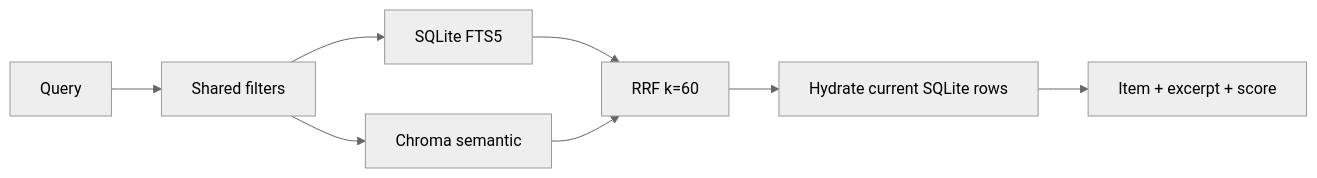
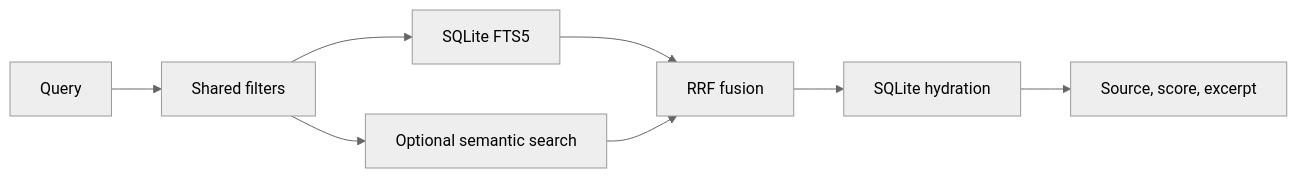
Before and after one commit to ryantr-statinops/InfoBoard: the diagram in docs/plan/implementation/30-m3-search-and-insights/15-search-and-discovery/plan.md, drawn with Mermaid (neutral theme). The commit also changed other lines of this file and 13 other files, not shown here.

````diff
--- a/docs/plan/implementation/30-m3-search-and-insights/15-search-and-discovery/plan.md
+++ b/docs/plan/implementation/30-m3-search-and-insights/15-search-and-discovery/plan.md
@@ -15,10 +15,10 @@
 ```mermaid
 flowchart LR
     Query --> Filters[Shared filters]
     Filters --> FTS[SQLite FTS5]
-    Filters --> Sem[Chroma semantic]
-    FTS --> RRF[RRF k=60]
-    Sem --> RRF
-    RRF --> Hydrate[Hydrate current SQLite rows]
-    Hydrate --> Result[Item + excerpt + score]
+    Filters --> Semantic[Optional semantic search]
+    FTS --> RRF[RRF fusion]
+    Semantic --> RRF
+    RRF --> Hydrate[SQLite hydration]
+    Hydrate --> Results[Source, score, excerpt]
 ```
````
